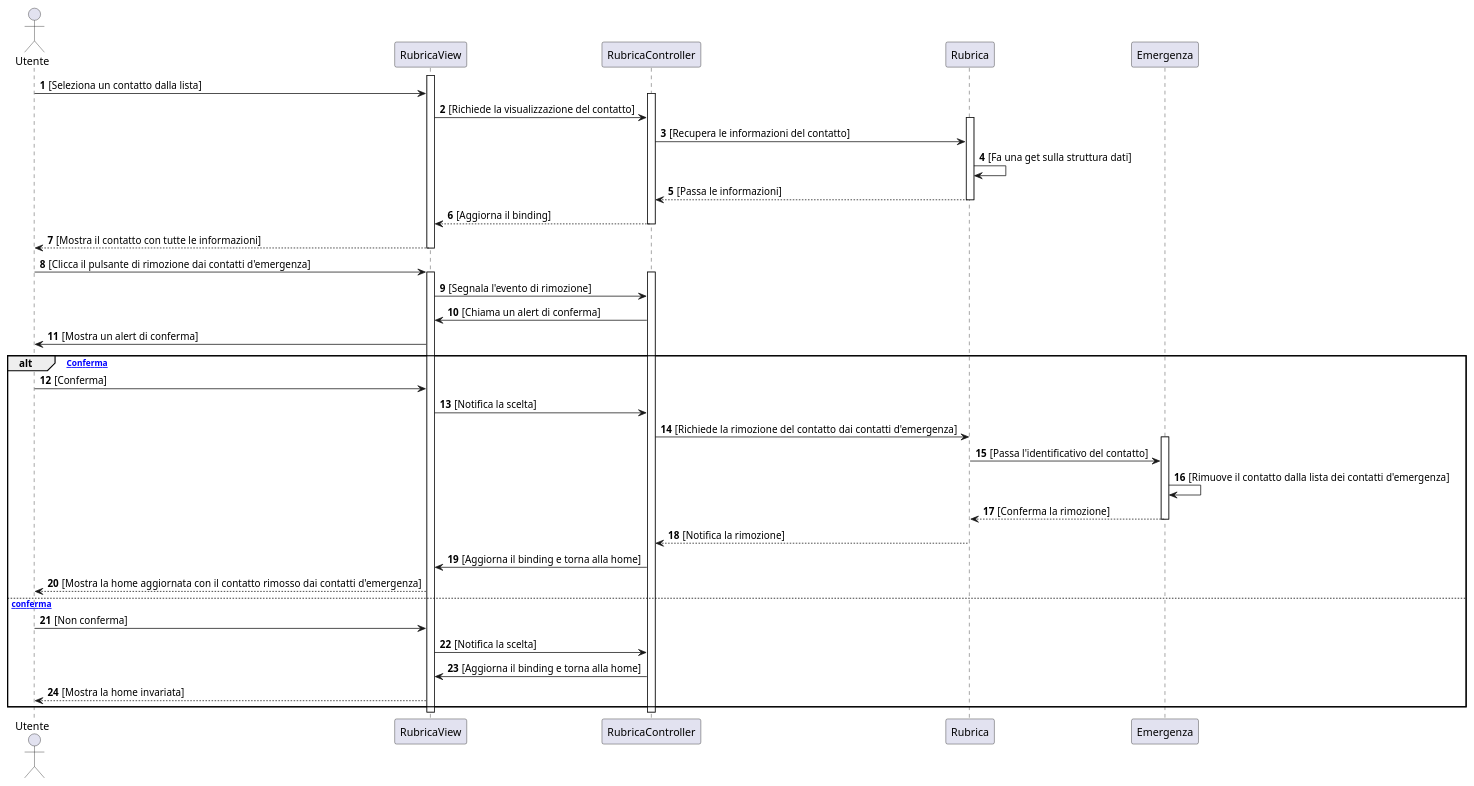
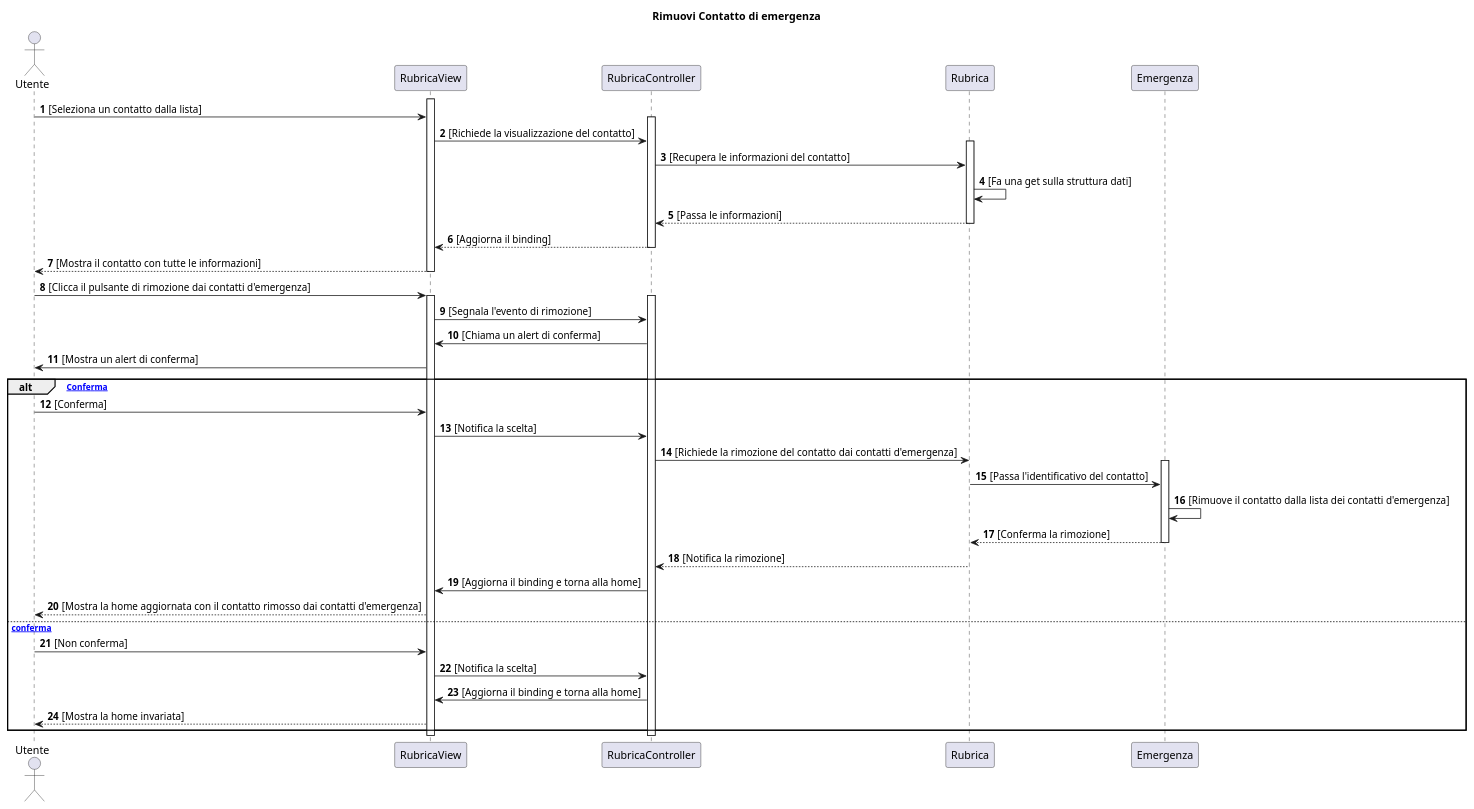
Before and after one commit to emanueletocci/uni-swe-project: the diagram in docs/bozze/Diagrammi/Sequenza/ScenarioRimuoviEmergenza.puml, drawn with PlantUML. The commit also changed 9 other files, not shown here.

First line of the commit message:
Aggiornamento diagrammi di sequenza

```diff
--- a/docs/bozze/Diagrammi/Sequenza/ScenarioRimuoviEmergenza.puml
+++ b/docs/bozze/Diagrammi/Sequenza/ScenarioRimuoviEmergenza.puml
@@ -1,52 +1,53 @@
 @startuml
+title Rimuovi Contatto di emergenza
 autonumber
 actor Utente
 participant RubricaView
 participant RubricaController
 participant Rubrica
 participant Emergenza
 
 activate RubricaView
 Utente -> RubricaView : [Seleziona un contatto dalla lista]
 activate RubricaController
 RubricaView -> RubricaController : [Richiede la visualizzazione del contatto]
 activate Rubrica
 RubricaController -> Rubrica : [Recupera le informazioni del contatto]
 Rubrica -> Rubrica : [Fa una get sulla struttura dati]
 Rubrica --> RubricaController : [Passa le informazioni]
 deactivate Rubrica
 RubricaController --> RubricaView : [Aggiorna il binding]
 deactivate RubricaController
 RubricaView --> Utente : [Mostra il contatto con tutte le informazioni]
 deactivate RubricaView
 
 Utente -> RubricaView : [Clicca il pulsante di rimozione dai contatti d'emergenza]
 activate RubricaView
 activate RubricaController
 RubricaView -> RubricaController : [Segnala l'evento di rimozione]
 RubricaController -> RubricaView : [Chiama un alert di conferma]
 RubricaView -> Utente : [Mostra un alert di conferma]
 
 alt [Conferma]
     Utente -> RubricaView : [Conferma]
     RubricaView -> RubricaController : [Notifica la scelta]
     RubricaController -> Rubrica : [Richiede la rimozione del contatto dai contatti d'emergenza]
     activate Emergenza
     Rubrica -> Emergenza : [Passa l'identificativo del contatto]
     Emergenza -> Emergenza : [Rimuove il contatto dalla lista dei contatti d'emergenza]
     Emergenza --> Rubrica : [Conferma la rimozione]
     deactivate Emergenza
     Rubrica --> RubricaController : [Notifica la rimozione]
     RubricaController -> RubricaView : [Aggiorna il binding e torna alla home]
     RubricaView --> Utente : [Mostra la home aggiornata con il contatto rimosso dai contatti d'emergenza]
 else [Non conferma]
     Utente -> RubricaView : [Non conferma]
     RubricaView -> RubricaController : [Notifica la scelta]
     RubricaController -> RubricaView : [Aggiorna il binding e torna alla home]
     RubricaView --> Utente : [Mostra la home invariata]
 end
 
 deactivate RubricaController
 deactivate RubricaView
 
 @enduml
```
